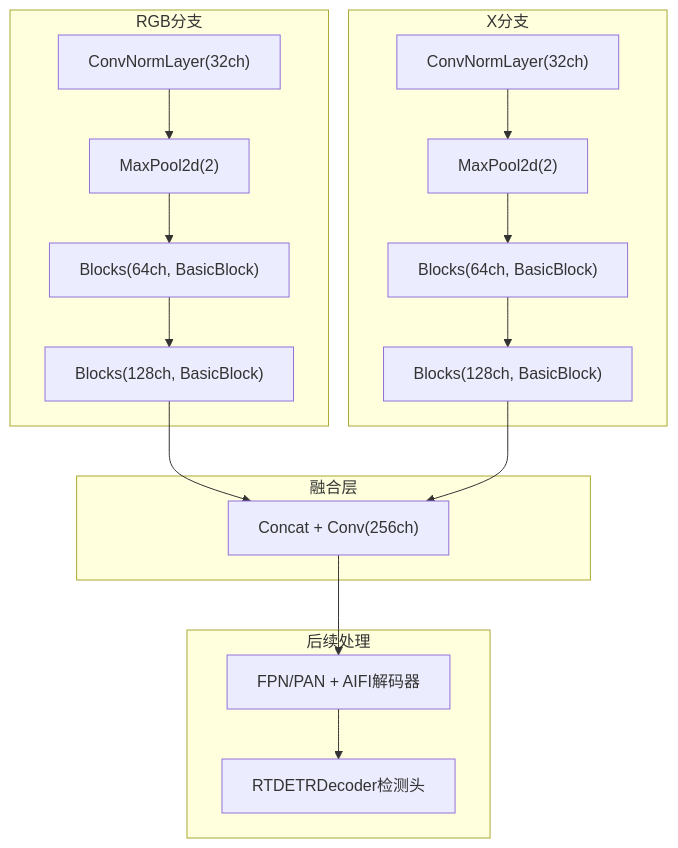
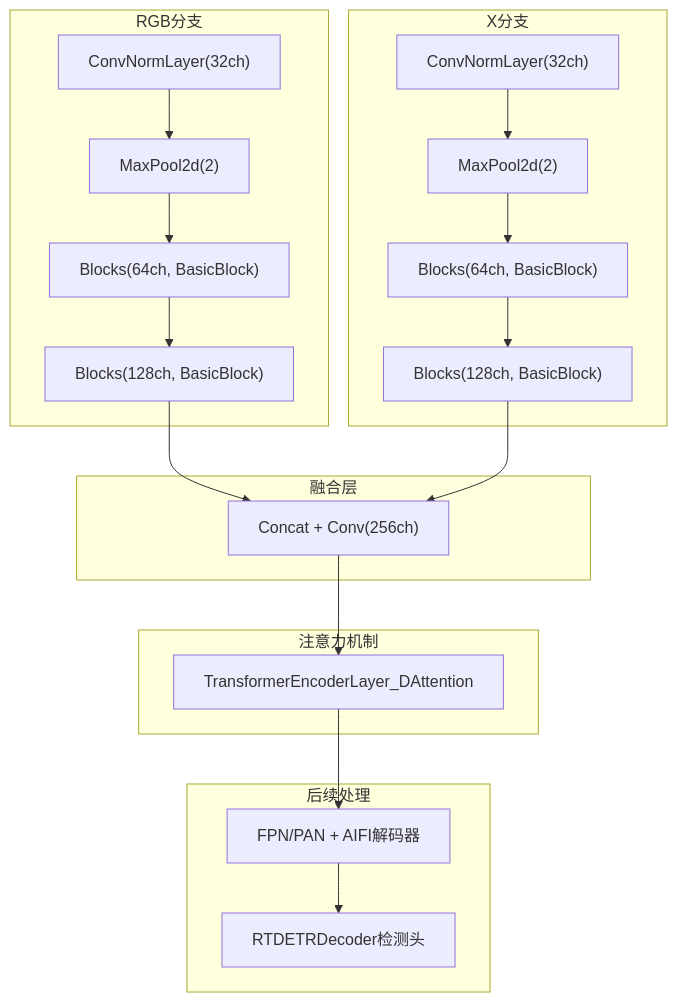
Before and after one commit to 2208754827/MM-IMPROVE: the eighth of 10 diagrams in .qoder/repowiki/zh/content/模型配置与管理/训练配置管理/多模态训练配置.md, drawn with Mermaid. The commit also changed other lines of this file and 411 other files, not shown here.

````diff
--- a/.qoder/repowiki/zh/content/模型配置与管理/训练配置管理/多模态训练配置.md
+++ b/.qoder/repowiki/zh/content/模型配置与管理/训练配置管理/多模态训练配置.md
@@ -349,21 +369,24 @@
 ```mermaid
 flowchart TD
 subgraph "RGB分支"
 RGB0["ConvNormLayer(32ch)"] --> RGB1["MaxPool2d(2)"]
 RGB1 --> RGB2["Blocks(64ch, BasicBlock)"]
 RGB2 --> RGB3["Blocks(128ch, BasicBlock)"]
 end
 subgraph "X分支"
 X0["ConvNormLayer(32ch)"] --> X1["MaxPool2d(2)"]
 X1 --> X2["Blocks(64ch, BasicBlock)"]
 X2 --> X3["Blocks(128ch, BasicBlock)"]
 end
 subgraph "融合层"
 RGB3 --> Concat["Concat + Conv(256ch)"]
 X3 --> Concat
 end
+subgraph "注意力机制"
+Concat --> Attention["TransformerEncoderLayer_DAttention"]
+end
 subgraph "后续处理"
-Concat --> FPN["FPN/PAN + AIFI解码器"]
+Attention --> FPN["FPN/PAN + AIFI解码器"]
 FPN --> DET["RTDETRDecoder检测头"]
 end
 ```
````
